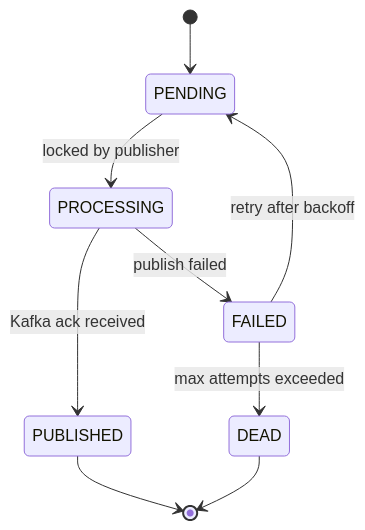
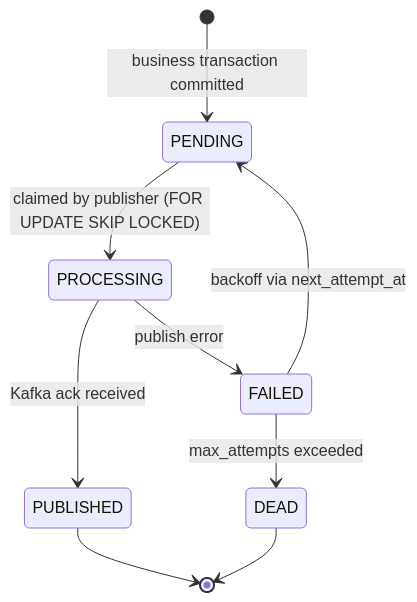
Before and after one commit to vaazhen/chaos-e2ee-messenger: the fourth of 7 diagrams in README.md, drawn with Mermaid. The commit also changed other lines of this file and 1 other file, not shown here.

````diff
--- a/README.md
+++ b/README.md
@@ -181,11 +258,11 @@
 ```mermaid
 stateDiagram-v2
-    [*] --> PENDING
-    PENDING --> PROCESSING: locked by publisher
-    PROCESSING --> PUBLISHED: Kafka ack received
-    PROCESSING --> FAILED: publish failed
-    FAILED --> PENDING: retry after backoff
-    FAILED --> DEAD: max attempts exceeded
+    [*] --> PENDING : business transaction committed
+    PENDING --> PROCESSING : claimed by publisher (FOR UPDATE SKIP LOCKED)
+    PROCESSING --> PUBLISHED : Kafka ack received
+    PROCESSING --> FAILED : publish error
+    FAILED --> PENDING : backoff via next_attempt_at
+    FAILED --> DEAD : max_attempts exceeded
     DEAD --> [*]
     PUBLISHED --> [*]
 ```
````
